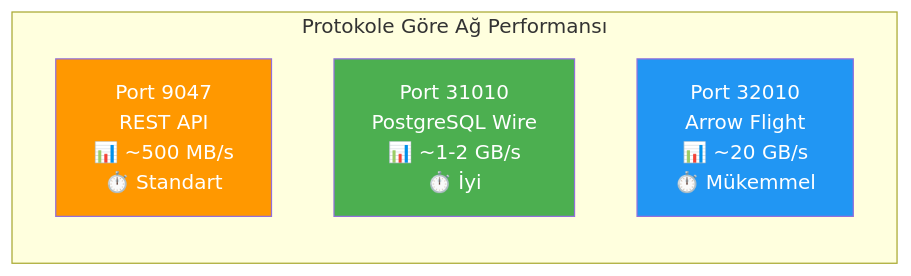
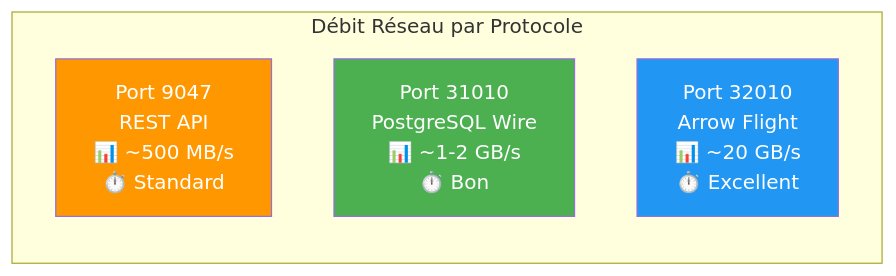
Before and after one commit to Monsau/Talentys-OSS-Data-Platform: the fourth of 9 diagrams in docs/i18n/tr/architecture/dremio-ports-visual.md, drawn with Mermaid. The commit also changed other lines of this file and 485 other files, not shown here.

First line of the commit message:
feat: v1.1.0 - Complete i18n roadmap, AI services, and data platform

````diff
--- a/docs/i18n/tr/architecture/dremio-ports-visual.md
+++ b/docs/i18n/tr/architecture/dremio-ports-visual.md
@@ -139,12 +139,12 @@
 ```mermaid
 graph LR
-    subgraph "Protokole Göre Ağ Performansı"
-        A["Port 9047<br/>REST API<br/>📊 ~500 MB/s<br/>⏱️ Standart"]
-        B["Port 31010<br/>PostgreSQL Wire<br/>📊 ~1-2 GB/s<br/>⏱️ İyi"]
-        C["Port 32010<br/>Arrow Flight<br/>📊 ~20 GB/s<br/>⏱️ Mükemmel"]
+    subgraph "Débit Réseau par Protocole"
+        A["Port 9047<br/>REST API<br/>📊 ~500 MB/s<br/>⏱️ Standard"]
+        B["Port 31010<br/>PostgreSQL Wire<br/>📊 ~1-2 GB/s<br/>⏱️ Bon"]
+        C["Port 32010<br/>Arrow Flight<br/>📊 ~20 GB/s<br/>⏱️ Excellent"]
     end
     
     style A fill:#FF9800,color:#fff
     style B fill:#4CAF50,color:#fff
     style C fill:#2196F3,color:#fff
 ```
````
